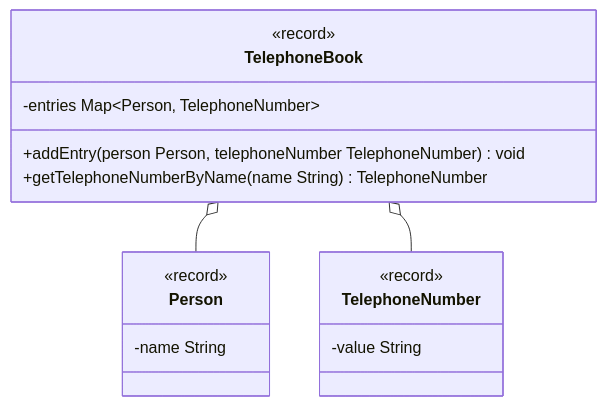
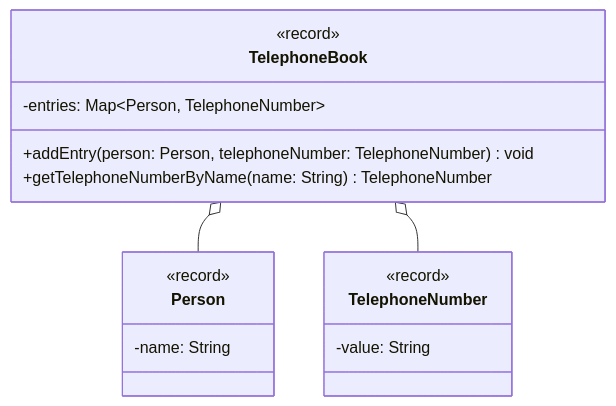
The diagram in docs/exercises/maps/maps01.mdx (jappuccini/java-docs), drawn with Mermaid before and after one commit. The commit also changed other lines of this file and 76 other files, not shown here.

Commit message:
uml fixes (colons, properties), headline fixes (italic) and exam result updates

````diff
--- a/docs/exercises/maps/maps01.mdx
+++ b/docs/exercises/maps/maps01.mdx
@@ -16,22 +16,22 @@
 ```mermaid
 classDiagram
     TelephoneBook o-- Person
     TelephoneBook o-- TelephoneNumber
 
     class Person {
         <<record>>
-        -name String
+        -name: String
     }
 
     class TelephoneNumber {
         <<record>>
-        -value String
+        -value: String
     }
 
     class TelephoneBook {
         <<record>>
-        -entries Map~Person&sbquo; TelephoneNumber~
-        +addEntry(person Person, telephoneNumber TelephoneNumber) void
-        +getTelephoneNumberByName(name String) TelephoneNumber
+        -entries: Map~Person, TelephoneNumber~
+        +addEntry(person: Person, telephoneNumber: TelephoneNumber) void
+        +getTelephoneNumberByName(name: String) TelephoneNumber
     }
 ```
````
